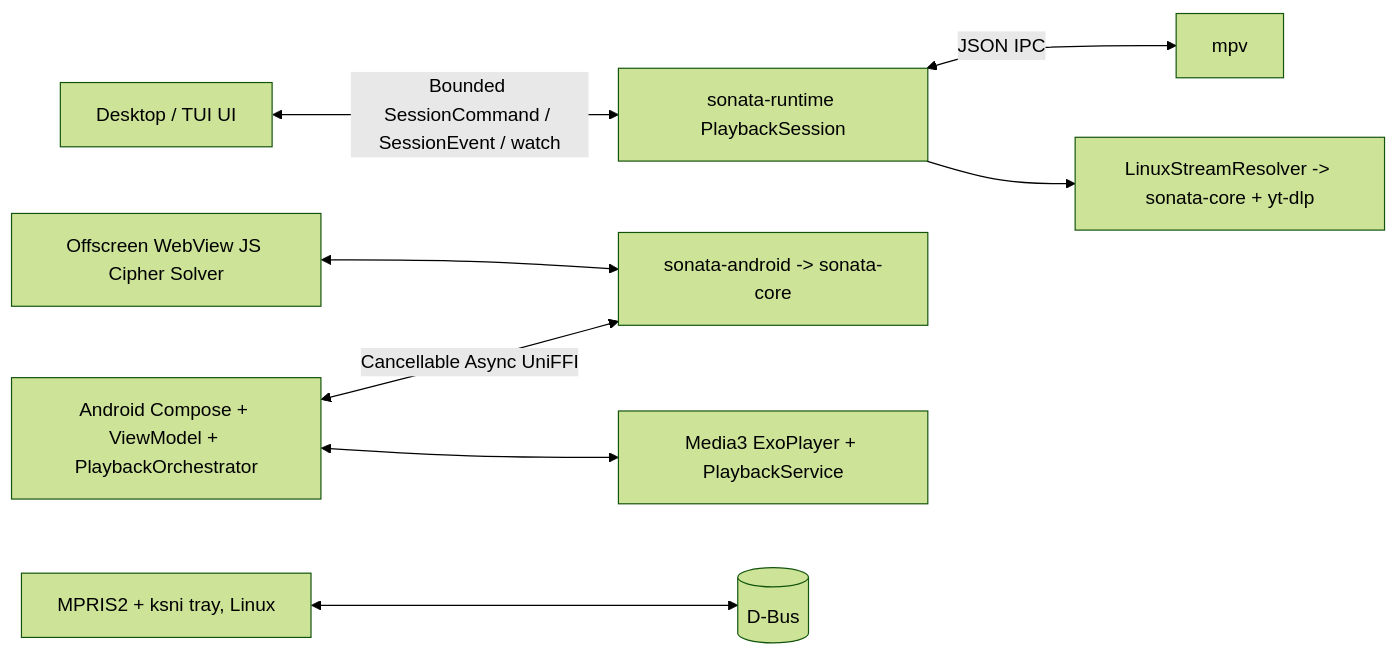
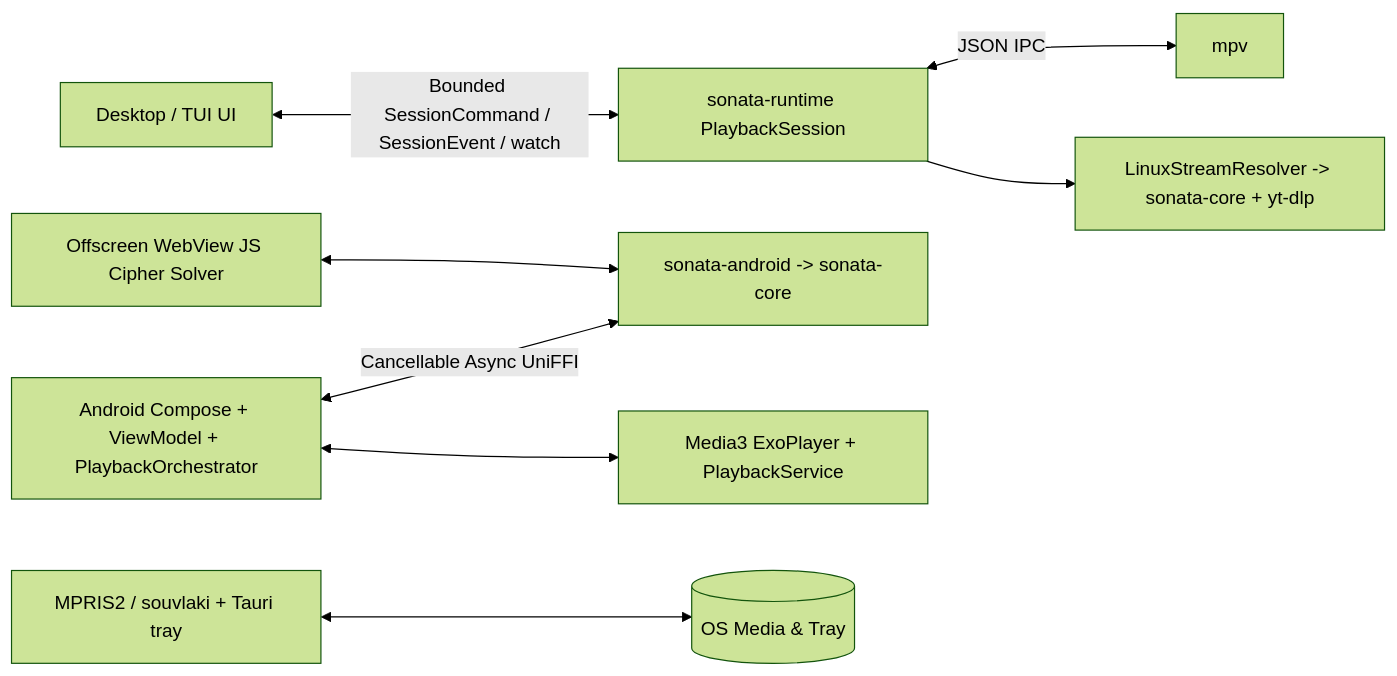
The second of 2 diagrams in docs/architecture.md (MehmetCanWT/sonata), drawn with Mermaid (forest theme) before and after one commit. The commit also changed other lines of this file and 487 other files, not shown here.

````diff
--- a/docs/architecture.md
+++ b/docs/architecture.md
@@ -63,10 +63,10 @@
 ```mermaid
 flowchart LR
     UI[Desktop / TUI UI] <-->|Bounded SessionCommand / SessionEvent / watch| SESS[sonata-runtime PlaybackSession]
     SESS <-->|JSON IPC| MPV[mpv]
     SESS --> RT_RES[LinuxStreamResolver -> sonata-core + yt-dlp]
     AND_UI[Android Compose + ViewModel + PlaybackOrchestrator] <-->|Cancellable Async UniFFI| AND_FFI[sonata-android -> sonata-core]
     AND_UI <--> EXO[Media3 ExoPlayer + PlaybackService]
     AND_WV[Offscreen WebView JS Cipher Solver] <--> AND_FFI
-    MPRISTH[MPRIS2 + ksni tray, Linux] <--> DBUS[(D-Bus)]
+    MPRISTH[MPRIS2 / souvlaki + Tauri tray] <--> OS[(OS Media & Tray)]
 ```
````
